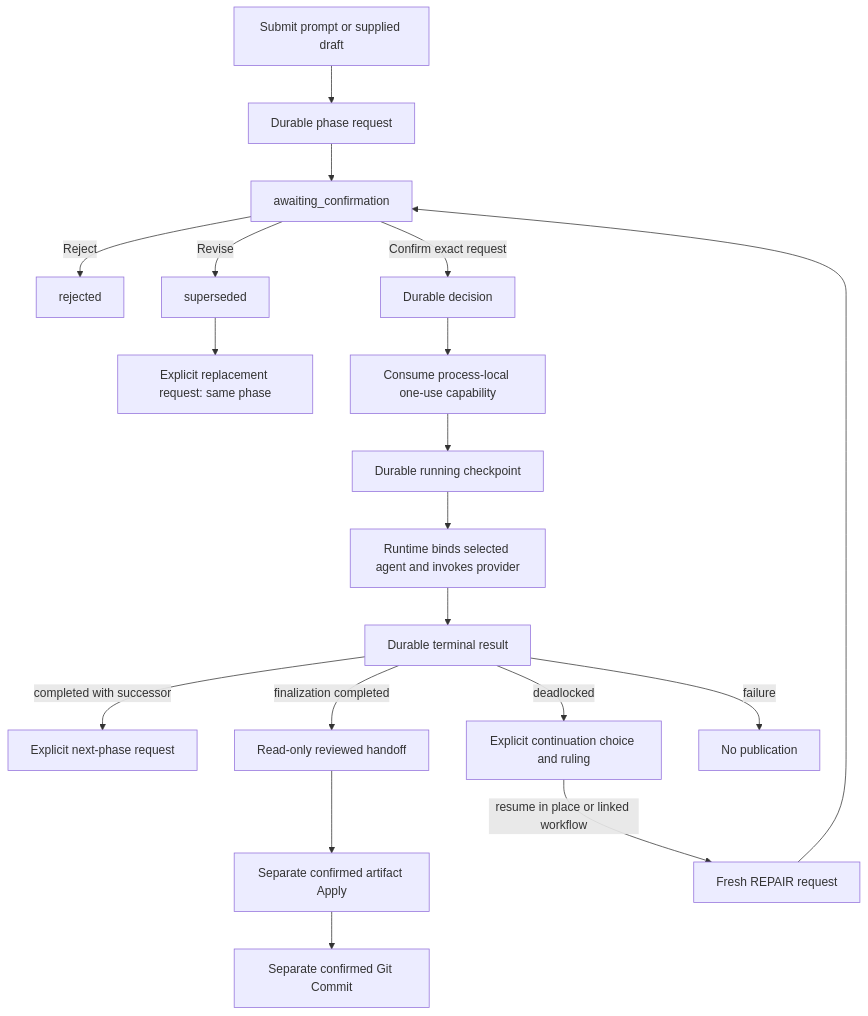
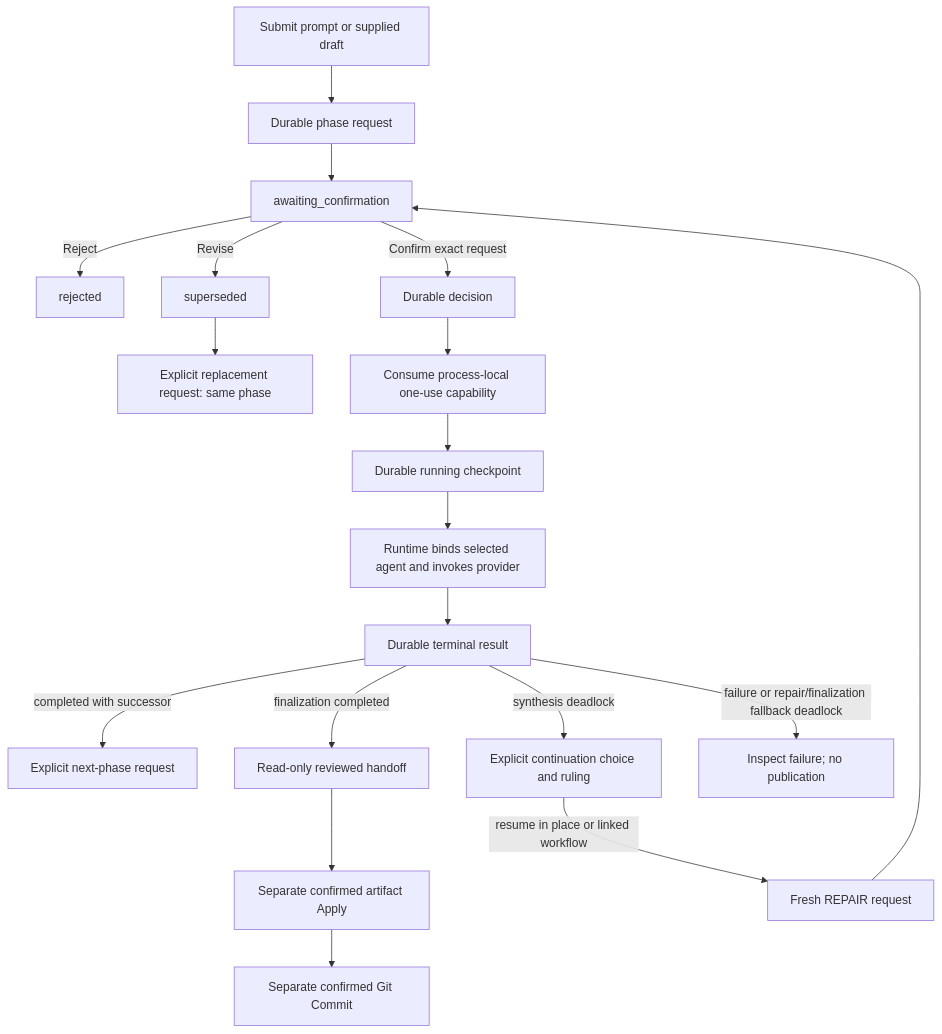
One commit to Kims-DeveloperGroup/story-writing-agents changed the diagram in docs/design/consensus-workflow.md. Above: the diagram before and after it, drawn with Mermaid. The commit also changed other lines of this file and 14 other files, not shown here.

````diff
--- a/docs/design/consensus-workflow.md
+++ b/docs/design/consensus-workflow.md
@@ -11,21 +11,21 @@
 ```mermaid
 flowchart TD
     S[Submit prompt or supplied draft] --> R[Durable phase request]
     R --> A[awaiting_confirmation]
     A -->|Reject| X[rejected]
     A -->|Revise| U[superseded]
     U --> N[Explicit replacement request: same phase]
     A -->|Confirm exact request| D[Durable decision]
     D --> G[Consume process-local one-use capability]
     G --> K[Durable running checkpoint]
     K --> P[Runtime binds selected agent and invokes provider]
     P --> T[Durable terminal result]
     T -->|completed with successor| N2[Explicit next-phase request]
     T -->|finalization completed| H[Read-only reviewed handoff]
-    T -->|deadlocked| C[Explicit continuation choice and ruling]
+    T -->|synthesis deadlock| C[Explicit continuation choice and ruling]
     C -->|resume in place or linked workflow| CR[Fresh REPAIR request]
     CR --> A
-    T -->|failure| Z[No publication]
+    T -->|failure or repair/finalization fallback deadlock| Z[Inspect failure; no publication]
     H --> AP[Separate confirmed artifact Apply]
     AP --> GC[Separate confirmed Git Commit]
 ```
````
